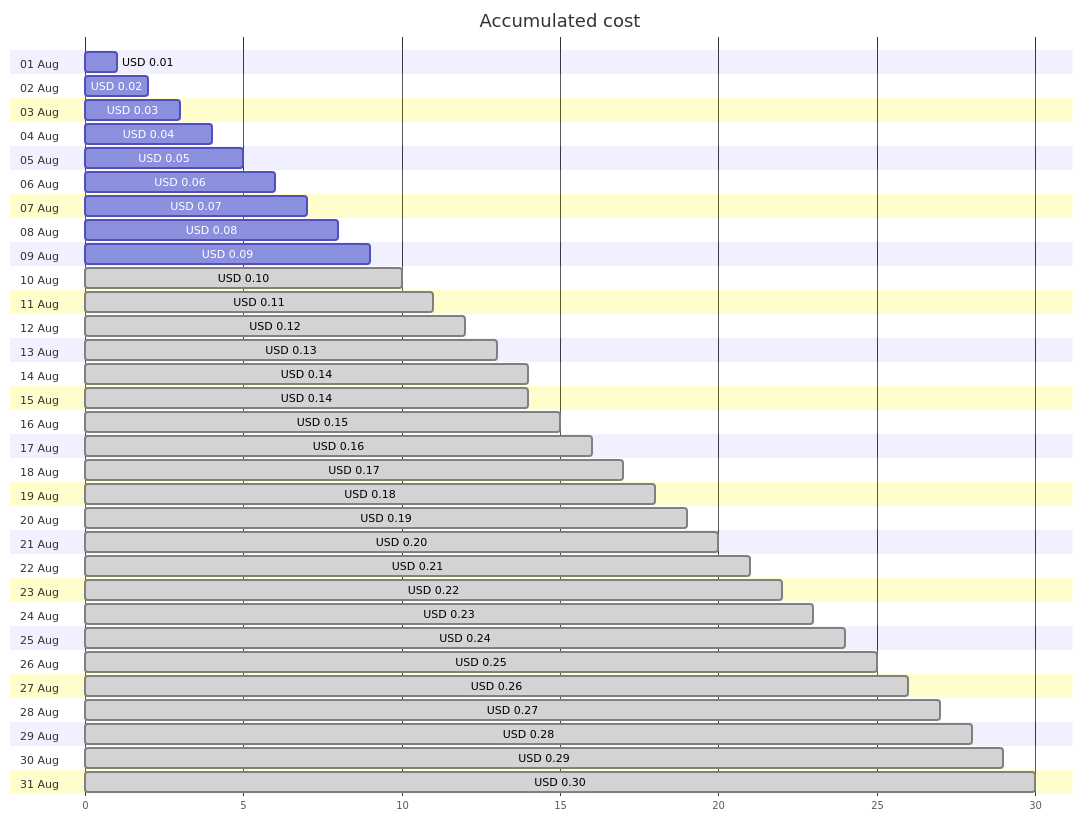
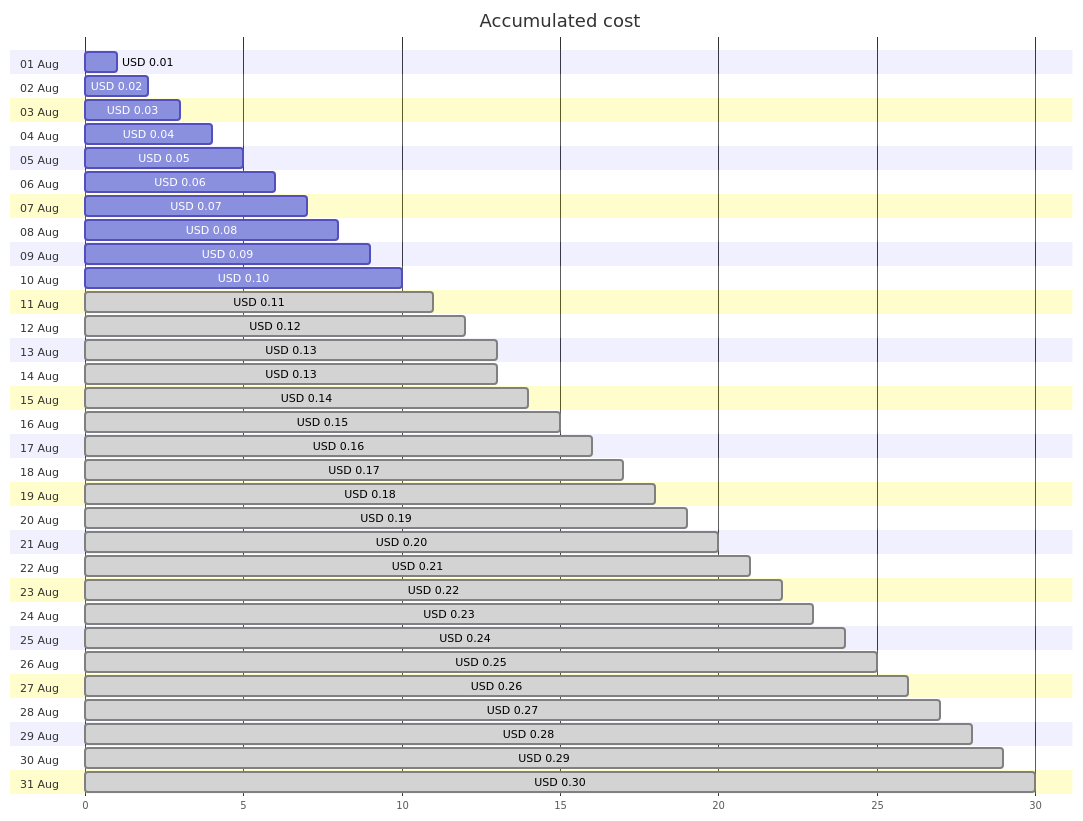
The first of 4 diagrams in cost-reports/cloud-shell-storage-eastus/cs2100300008c8d894b.md (jpfulton/azure-personal-reports), drawn with Mermaid before and after one commit. The commit also changed other lines of this file and 1 other file, not shown here.

````diff
--- a/cost-reports/cloud-shell-storage-eastus/cs2100300008c8d894b.md
+++ b/cost-reports/cloud-shell-storage-eastus/cs2100300008c8d894b.md
@@ -20,68 +20,68 @@
 ```mermaid
 gantt
    title Accumulated cost
    dateFormat  X
    axisFormat %s
    section 01 Aug
    USD 0.01 :0, 1
    section 02 Aug
    USD 0.02 :0, 2
    section 03 Aug
    USD 0.03 :0, 3
    section 04 Aug
    USD 0.04 :0, 4
    section 05 Aug
    USD 0.05 :0, 5
    section 06 Aug
    USD 0.06 :0, 6
    section 07 Aug
    USD 0.07 :0, 7
    section 08 Aug
    USD 0.08 :0, 8
    section 09 Aug
    USD 0.09 :0, 9
    section 10 Aug
-   USD 0.10 : done, 0, 10
+   USD 0.10 :0, 10
    section 11 Aug
    USD 0.11 : done, 0, 11
    section 12 Aug
    USD 0.12 : done, 0, 12
    section 13 Aug
    USD 0.13 : done, 0, 13
    section 14 Aug
-   USD 0.14 : done, 0, 14
+   USD 0.13 : done, 0, 13
    section 15 Aug
    USD 0.14 : done, 0, 14
    section 16 Aug
    USD 0.15 : done, 0, 15
    section 17 Aug
    USD 0.16 : done, 0, 16
    section 18 Aug
    USD 0.17 : done, 0, 17
    section 19 Aug
    USD 0.18 : done, 0, 18
    section 20 Aug
    USD 0.19 : done, 0, 19
    section 21 Aug
    USD 0.20 : done, 0, 20
    section 22 Aug
    USD 0.21 : done, 0, 21
    section 23 Aug
    USD 0.22 : done, 0, 22
    section 24 Aug
    USD 0.23 : done, 0, 23
    section 25 Aug
    USD 0.24 : done, 0, 24
    section 26 Aug
    USD 0.25 : done, 0, 25
    section 27 Aug
    USD 0.26 : done, 0, 26
    section 28 Aug
    USD 0.27 : done, 0, 27
    section 29 Aug
    USD 0.28 : done, 0, 28
    section 30 Aug
    USD 0.29 : done, 0, 29
    section 31 Aug
    USD 0.30 : done, 0, 30
 ```
````
